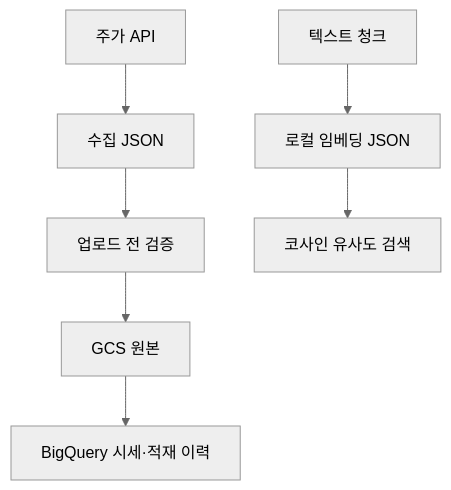
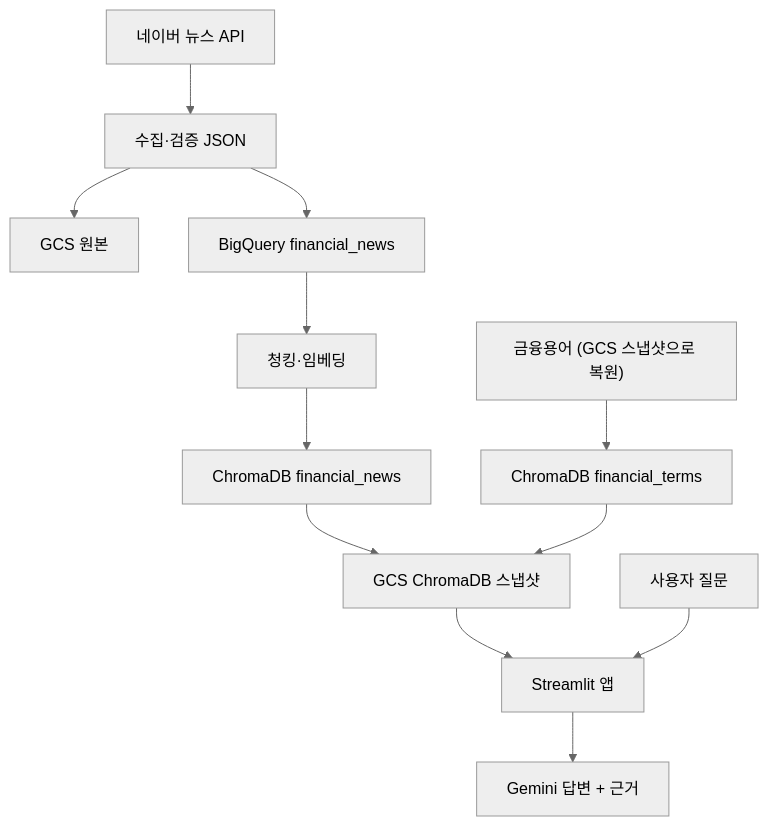
One commit to gawounnx/Data-Engineering-2026 changed the diagram in README.md. Above: the diagram before and after it, drawn with Mermaid (neutral theme). The commit also changed other lines of this file and 7 other files, not shown here.

````diff
--- a/README.md
+++ b/README.md
@@ -52,9 +64,14 @@
 ```mermaid
 flowchart TD
-    A["주가 API"] --> B["수집 JSON"]
-    B --> C["업로드 전 검증"]
-    C --> D["GCS 원본"]
-    D --> E["BigQuery 시세·적재 이력"]
-    F["텍스트 청크"] --> G["로컬 임베딩 JSON"]
-    G --> H["코사인 유사도 검색"]
+    N["네이버 뉴스 API"] --> R["수집·검증 JSON"]
+    R --> G["GCS 원본"]
+    R --> B["BigQuery financial_news"]
+    B --> K["청킹·임베딩"]
+    K --> C["ChromaDB financial_news"]
+    T["금융용어 (GCS 스냅샷으로 복원)"] --> C2["ChromaDB financial_terms"]
+    C --> S["GCS ChromaDB 스냅샷"]
+    C2 --> S
+    S --> A["Streamlit 앱"]
+    Q["사용자 질문"] --> A
+    A --> L["Gemini 답변 + 근거"]
 ```
````
